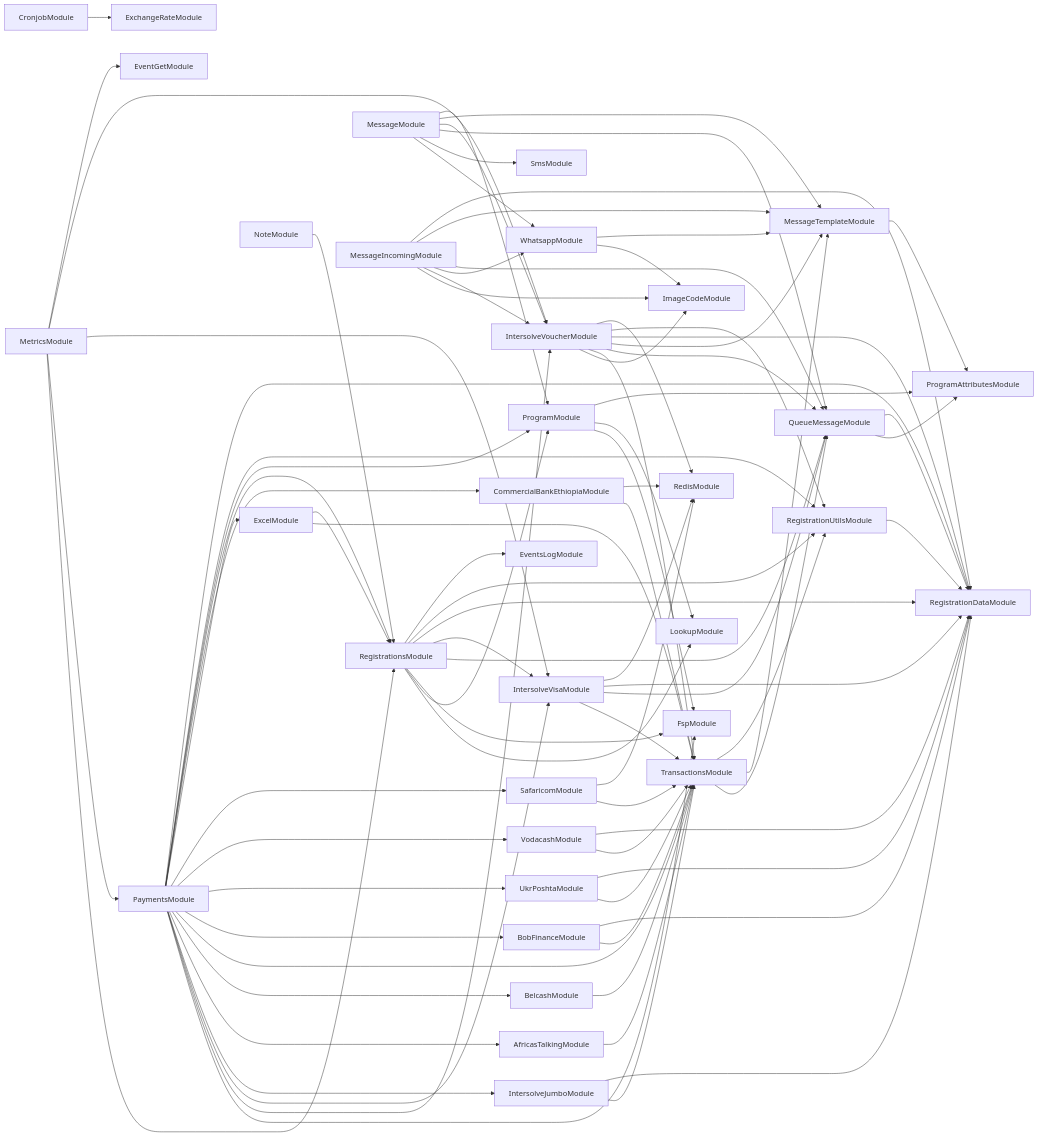
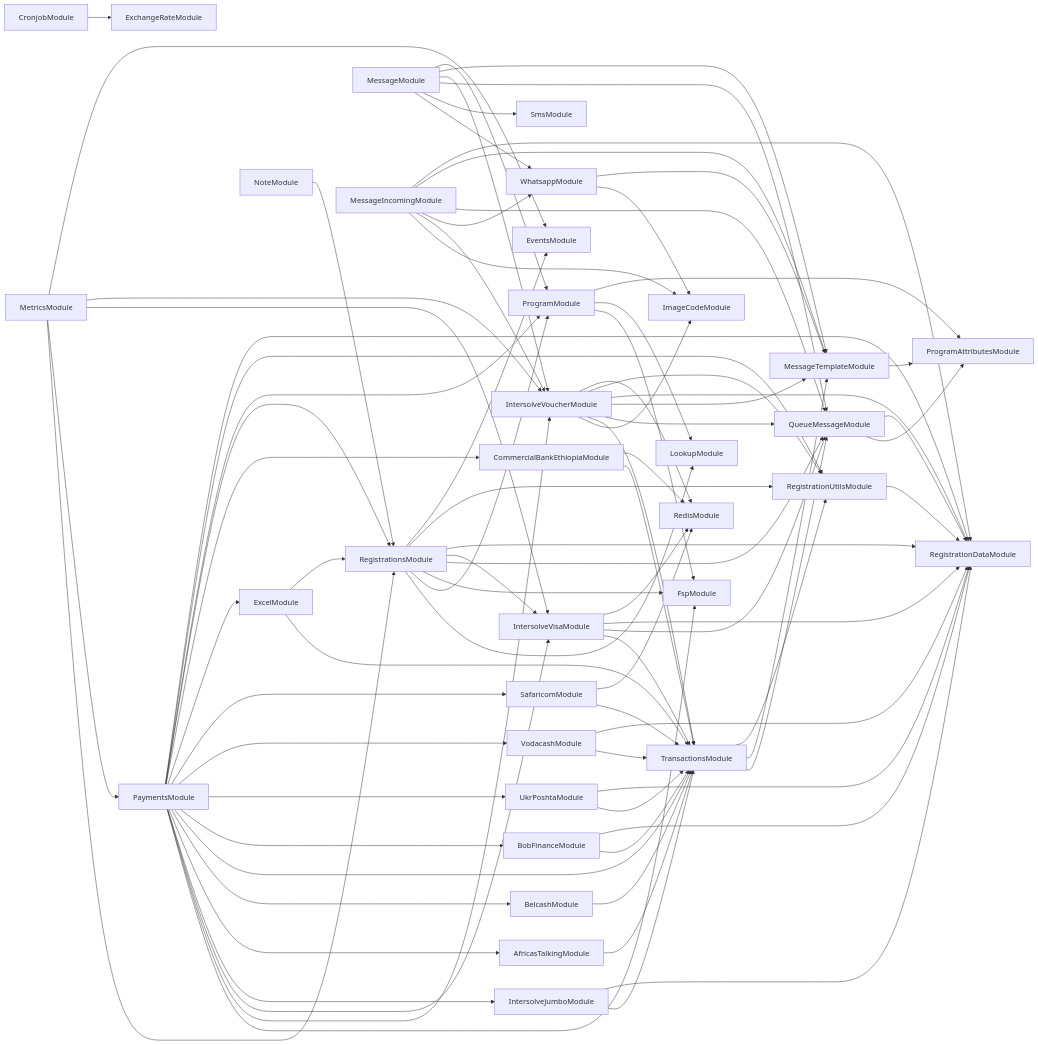
One commit to global-121/121-platform changed the diagram in services/121-service/module-dependencies.md. Above: the diagram before and after it, drawn with Mermaid. The commit also changed 13 other files, not shown here.

```diff
--- a/services/121-service/module-dependencies.md
+++ b/services/121-service/module-dependencies.md
@@ -24,7 +24,7 @@
   IntersolveVisaModule-->RedisModule
   RegistrationsModule-->RegistrationDataModule
   RegistrationsModule-->RegistrationUtilsModule
-  RegistrationsModule-->EventsLogModule
+  RegistrationsModule-->EventsModule
   MessageModule-->WhatsappModule
   WhatsappModule-->ImageCodeModule
   WhatsappModule-->MessageTemplateModule
@@ -77,7 +77,7 @@
   PaymentsModule-->RegistrationDataModule
   MetricsModule-->IntersolveVisaModule
   MetricsModule-->IntersolveVoucherModule
-  MetricsModule-->EventGetModule
+  MetricsModule-->EventsModule
   MessageIncomingModule-->ImageCodeModule
   MessageIncomingModule-->IntersolveVoucherModule
   MessageIncomingModule-->WhatsappModule
```
